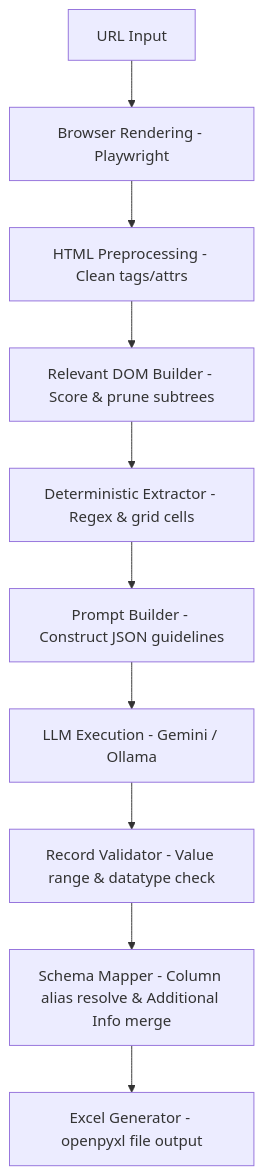
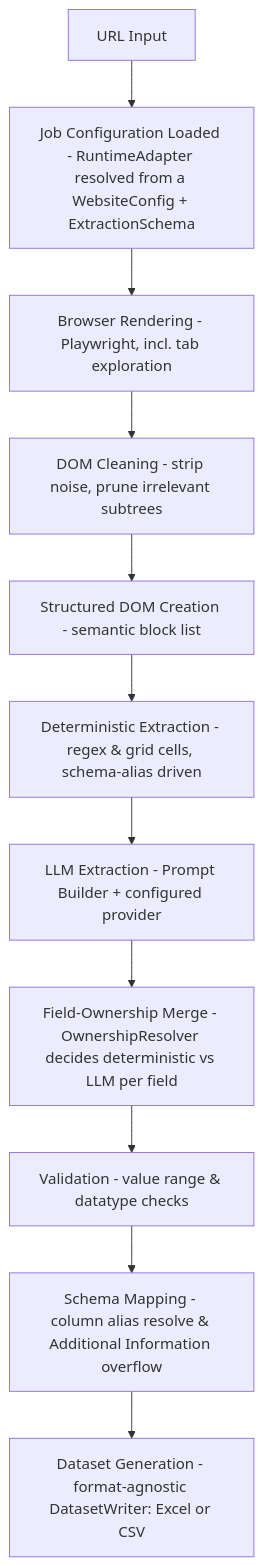
The first of 3 diagrams in docs/PROJECT_STRUCTURE.md (piyushkatre/Generic_Data_Extractor), drawn with Mermaid before and after one commit. The commit also changed other lines of this file and 104 other files, not shown here.

Commit message:
Integrated UI driven website configuration and Schema

````diff
--- a/docs/PROJECT_STRUCTURE.md
+++ b/docs/PROJECT_STRUCTURE.md
@@ -62,12 +101,13 @@
 ```mermaid
 graph TD
-    A[URL Input] --> B[Browser Rendering - Playwright]
-    B --> C[HTML Preprocessing - Clean tags/attrs]
-    C --> D[Relevant DOM Builder - Score & prune subtrees]
-    D --> E[Deterministic Extractor - Regex & grid cells]
-    E --> F[Prompt Builder - Construct JSON guidelines]
-    F --> G[LLM Execution - Gemini / Ollama]
-    G --> H[Record Validator - Value range & datatype check]
-    H --> I[Schema Mapper - Column alias resolve & Additional Info merge]
-    I --> J[Excel Generator - openpyxl file output]
+    A[URL Input] --> R[Job Configuration Loaded - RuntimeAdapter resolved from a WebsiteConfig + ExtractionSchema]
+    R --> B[Browser Rendering - Playwright, incl. tab exploration]
+    B --> C[DOM Cleaning - strip noise, prune irrelevant subtrees]
+    C --> D[Structured DOM Creation - semantic block list]
+    D --> E[Deterministic Extraction - regex & grid cells, schema-alias driven]
+    E --> F[LLM Extraction - Prompt Builder + configured provider]
+    F --> G[Field-Ownership Merge - OwnershipResolver decides deterministic vs LLM per field]
+    G --> H[Validation - value range & datatype checks]
+    H --> I[Schema Mapping - column alias resolve & Additional Information overflow]
+    I --> J[Dataset Generation - format-agnostic DatasetWriter: Excel or CSV]
 ```
````
